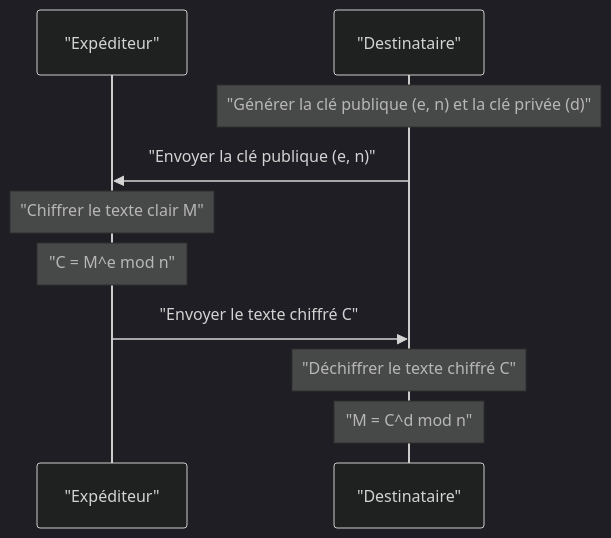
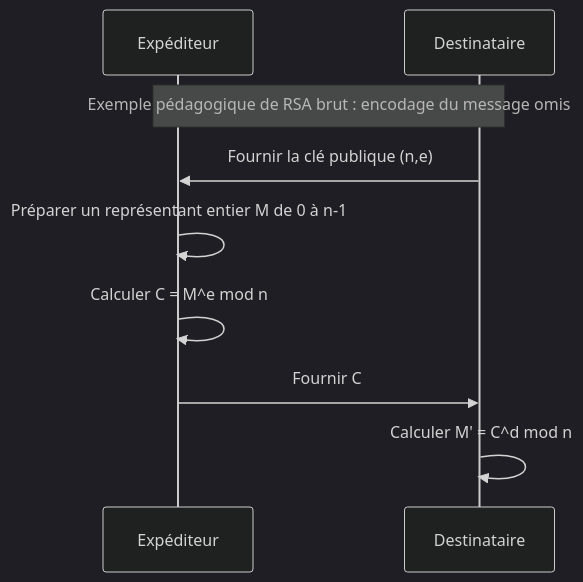
One commit to kenjinote/blog changed the second of 2 diagrams in content/post/fermats-little-theorem/index.fr.md. Above: the diagram before and after it, drawn with Mermaid (dark theme). The commit also changed other lines of this file and 5 other files, not shown here.

````diff
--- a/content/post/fermats-little-theorem/index.fr.md
+++ b/content/post/fermats-little-theorem/index.fr.md
@@ -101,12 +79,11 @@
 ```mermaid
 sequenceDiagram
-    participant Sender as "Expéditeur"
-    participant Receiver as "Destinataire"
-    Note over Receiver: "Générer la clé publique (e, n) et la clé privée (d)"
-    Receiver->>Sender: "Envoyer la clé publique (e, n)"
-    Note over Sender: "Chiffrer le texte clair M"
-    Note over Sender: "C = M^e mod n"
-    Sender->>Receiver: "Envoyer le texte chiffré C"
-    Note over Receiver: "Déchiffrer le texte chiffré C"
-    Note over Receiver: "M = C^d mod n"
+    participant Sender as Expéditeur
+    participant Receiver as Destinataire
+    Note over Sender,Receiver: Exemple pédagogique de RSA brut : encodage du message omis
+    Receiver->>Sender: Fournir la clé publique (n,e)
+    Sender->>Sender: Préparer un représentant entier M de 0 à n-1
+    Sender->>Sender: Calculer C = M^e mod n
+    Sender->>Receiver: Fournir C
+    Receiver->>Receiver: Calculer M' = C^d mod n
 ```
````
